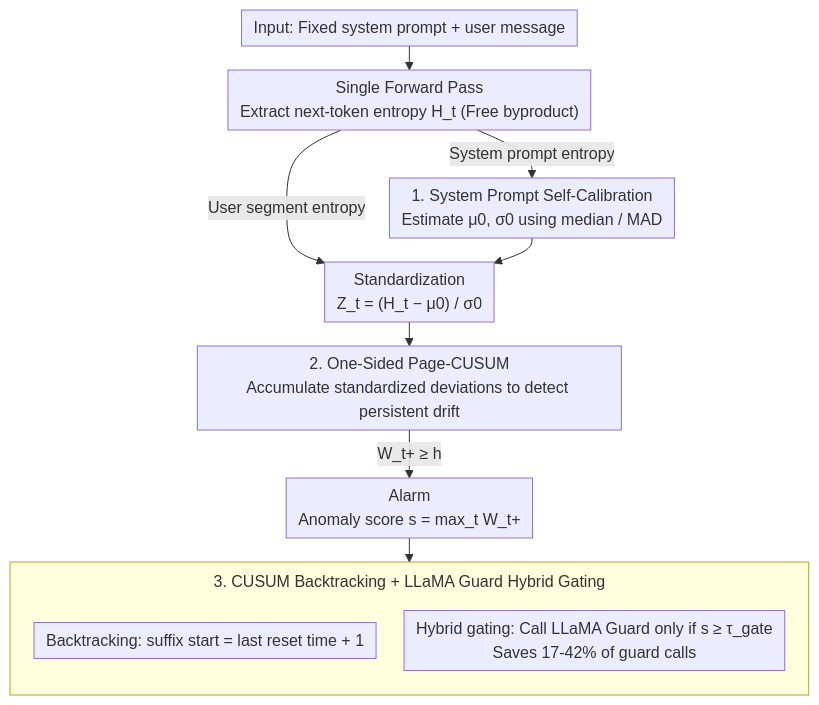
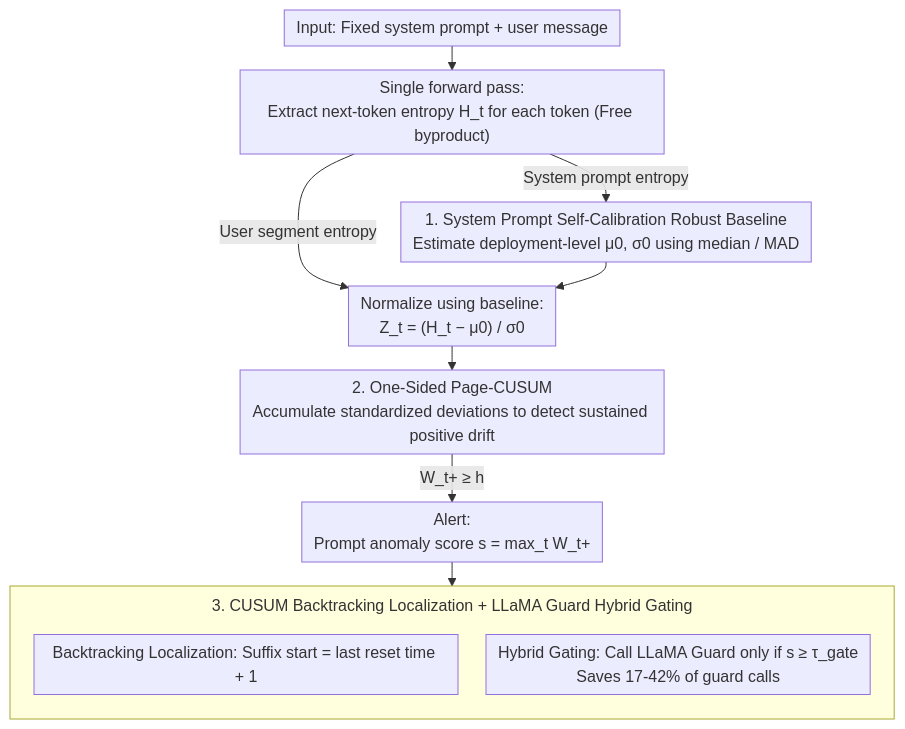
The diagram in docs/ICML2026/model_compression/detecting_fluent_optimization-based_adversarial_prompts_via_sequential_entropy_c.md (zhaoyang97/Paper-Notes-en), drawn with Mermaid before and after one commit. The commit also changed other lines of this file and 5084 other files, not shown here.

````diff
--- a/docs/ICML2026/model_compression/detecting_fluent_optimization-based_adversarial_prompts_via_sequential_entropy_c.md
+++ b/docs/ICML2026/model_compression/detecting_fluent_optimization-based_adversarial_prompts_via_sequential_entropy_c.md
@@ -43,16 +43,16 @@
 ```mermaid
 %%{init: {'flowchart': {'rankSpacing': 24, 'nodeSpacing': 28, 'padding': 6, 'wrappingWidth': 400, 'subGraphTitleMargin': {'top': 8, 'bottom': 16}}}}%%
 flowchart TD
-    A["Input: Fixed system prompt + user message"] --> B["Single Forward Pass<br/>Extract next-token entropy H_t (Free byproduct)"]
-    B -->|"System prompt entropy"| C["1. System Prompt Self-Calibration<br/>Estimate μ0, σ0 using median / MAD"]
-    B -->|"User segment entropy"| D["Standardization<br/>Z_t = (H_t − μ0) / σ0"]
+    A["Input: Fixed system prompt + user message"] --> B["Single forward pass:<br/>Extract next-token entropy H_t for each token (Free byproduct)"]
+    B -->|"System prompt entropy"| C["1. System Prompt Self-Calibration Robust Baseline<br/>Estimate deployment-level μ0, σ0 using median / MAD"]
+    B -->|"User segment entropy"| D["Normalize using baseline:<br/>Z_t = (H_t − μ0) / σ0"]
     C --> D
-    D --> E["2. One-Sided Page-CUSUM<br/>Accumulate standardized deviations to detect persistent drift"]
-    E -->|"W_t+ ≥ h"| F["Alarm<br/>Anomaly score s = max_t W_t+"]
-    subgraph G["3. CUSUM Backtracking + LLaMA Guard Hybrid Gating"]
+    D --> E["2. One-Sided Page-CUSUM<br/>Accumulate standardized deviations to detect sustained positive drift"]
+    E -->|"W_t+ ≥ h"| F["Alert:<br/>Prompt anomaly score s = max_t W_t+"]
+    subgraph G["3. CUSUM Backtracking Localization + LLaMA Guard Hybrid Gating"]
         direction TB
-        G1["Backtracking: suffix start = last reset time + 1"]
-        G2["Hybrid gating: Call LLaMA Guard only if s ≥ τ_gate<br/>Saves 17-42% of guard calls"]
+        G1["Backtracking Localization: Suffix start = last reset time + 1"]
+        G2["Hybrid Gating: Call LLaMA Guard only if s ≥ τ_gate<br/>Saves 17-42% of guard calls"]
     end
     F --> G
 ```
````
